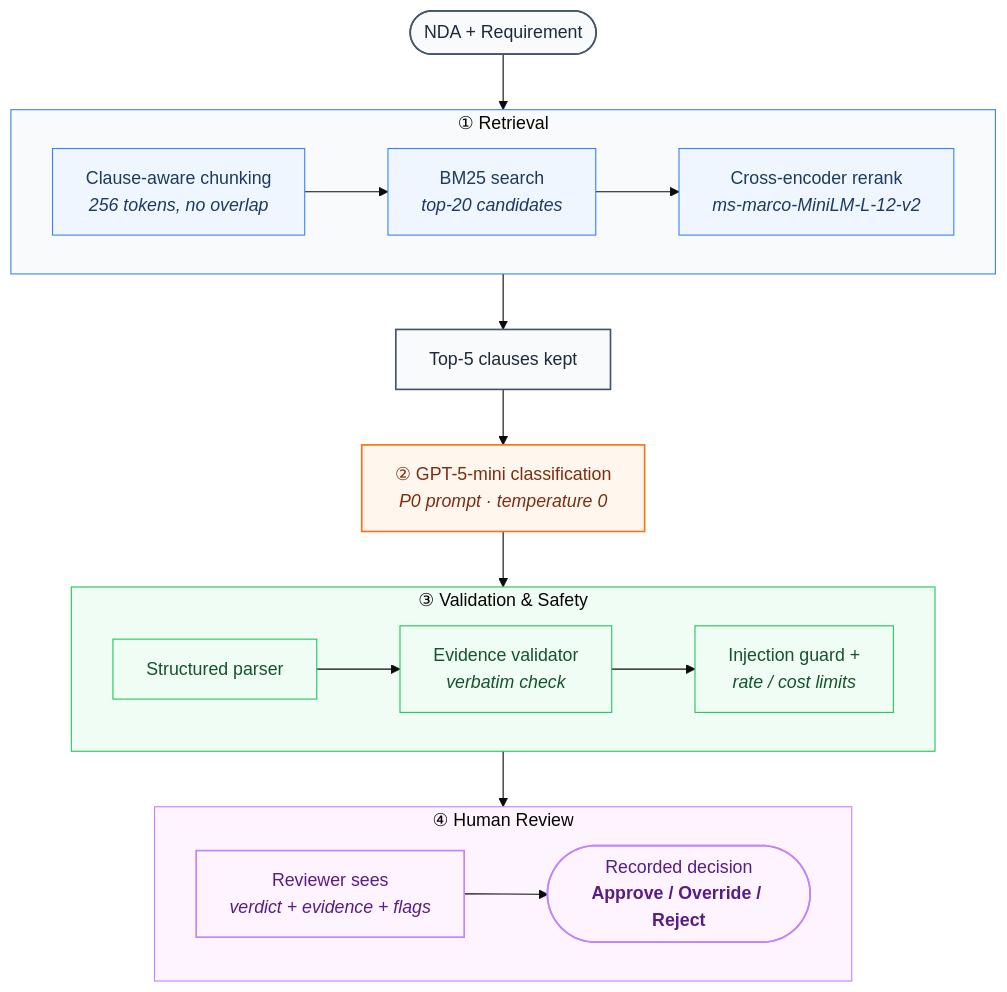
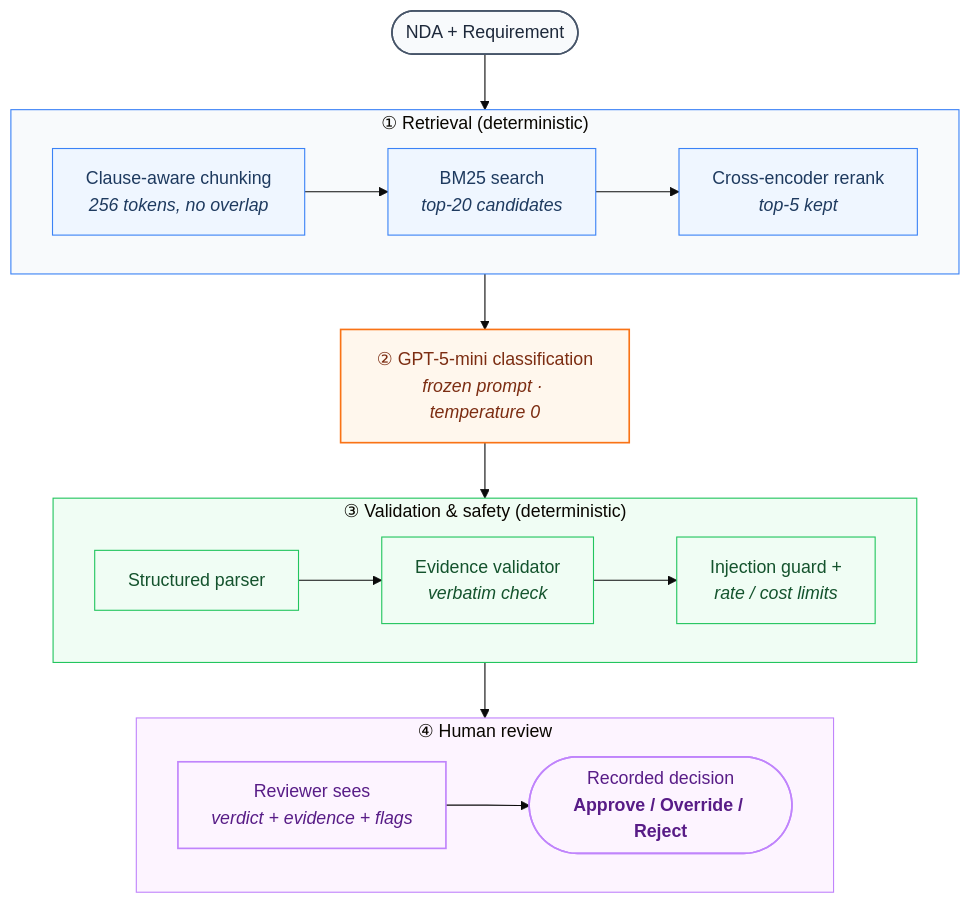
The diagram in README.md (AsmithaUbaid/ndatrace), drawn with Mermaid (base theme) before and after one commit. The commit also changed other lines of this file and 10 other files, not shown here.

````diff
--- a/README.md
+++ b/README.md
@@ -125,48 +73,47 @@
 ```mermaid
 flowchart TD
     IN(["NDA + Requirement"])
 
-    subgraph RETRIEVAL["① Retrieval"]
+    subgraph RETRIEVAL["① Retrieval (deterministic)"]
         direction LR
         CHUNK["Clause-aware chunking<br/><i>256 tokens, no overlap</i>"]
         BM25["BM25 search<br/><i>top-20 candidates</i>"]
-        RERANK["Cross-encoder rerank<br/><i>ms-marco-MiniLM-L-12-v2</i>"]
+        RERANK["Cross-encoder rerank<br/><i>top-5 kept</i>"]
         CHUNK --> BM25 --> RERANK
     end
 
-    TOP5["Top-5 clauses kept"]
-    LLM["② GPT-5-mini classification<br/><i>P0 prompt · temperature 0</i>"]
+    LLM["② GPT-5-mini classification<br/><i>frozen prompt · temperature 0</i>"]
 
-    subgraph VALIDATE["③ Validation &amp; Safety"]
+    subgraph VALIDATE["③ Validation & safety (deterministic)"]
         direction LR
         PARSE["Structured parser"]
         EVID["Evidence validator<br/><i>verbatim check</i>"]
         GUARD["Injection guard +<br/><i>rate / cost limits</i>"]
         PARSE --> EVID --> GUARD
     end
 
-    subgraph HUMAN["④ Human Review"]
+    subgraph HUMAN["④ Human review"]
         direction LR
         REVIEWER["Reviewer sees<br/><i>verdict + evidence + flags</i>"]
         DECISION(["Recorded decision<br/><b>Approve / Override / Reject</b>"])
         REVIEWER --> DECISION
     end
 
-    IN --> RETRIEVAL --> TOP5 --> LLM --> VALIDATE --> HUMAN
+    IN --> RETRIEVAL --> LLM --> VALIDATE --> HUMAN
 
     classDef input fill:#f8fafc,stroke:#475569,stroke-width:1.5px,color:#1e293b;
     classDef stage fill:#eff6ff,stroke:#3b82f6,stroke-width:1px,color:#1e3a5f;
     classDef model fill:#fff7ed,stroke:#f97316,stroke-width:1.5px,color:#7c2d12;
     classDef control fill:#f0fdf4,stroke:#22c55e,stroke-width:1px,color:#14532d;
     classDef human fill:#fdf4ff,stroke:#c084fc,stroke-width:1.5px,color:#581c87;
 
-    class IN,TOP5 input;
+    class IN input;
     class CHUNK,BM25,RERANK stage;
     class LLM model;
     class PARSE,EVID,GUARD control;
     class REVIEWER,DECISION human;
 
     style RETRIEVAL fill:#f8fafc,stroke:#3b82f6,stroke-width:1px
     style VALIDATE fill:#f0fdf4,stroke:#22c55e,stroke-width:1px
     style HUMAN fill:#fdf4ff,stroke:#c084fc,stroke-width:1px
 ```
````
